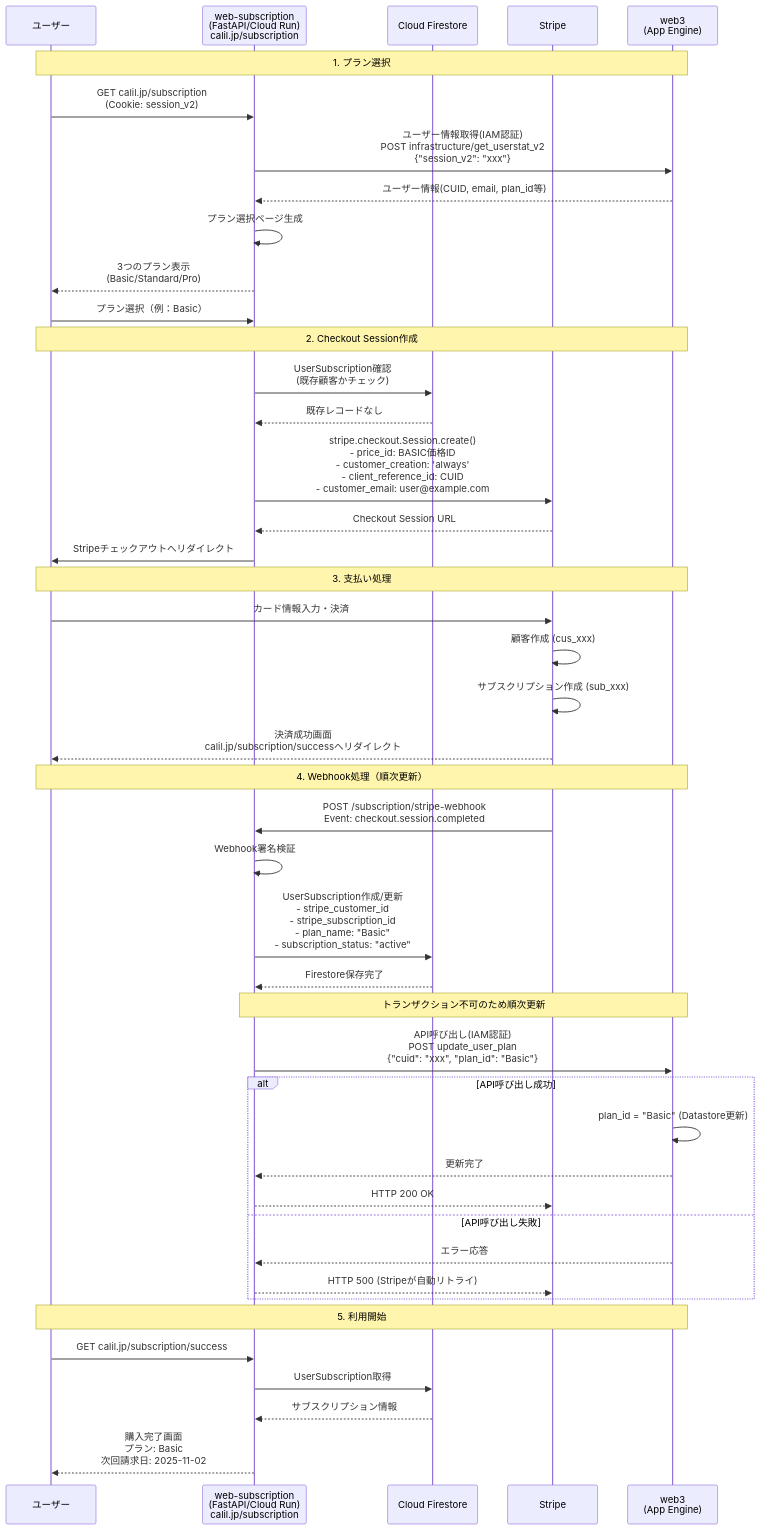
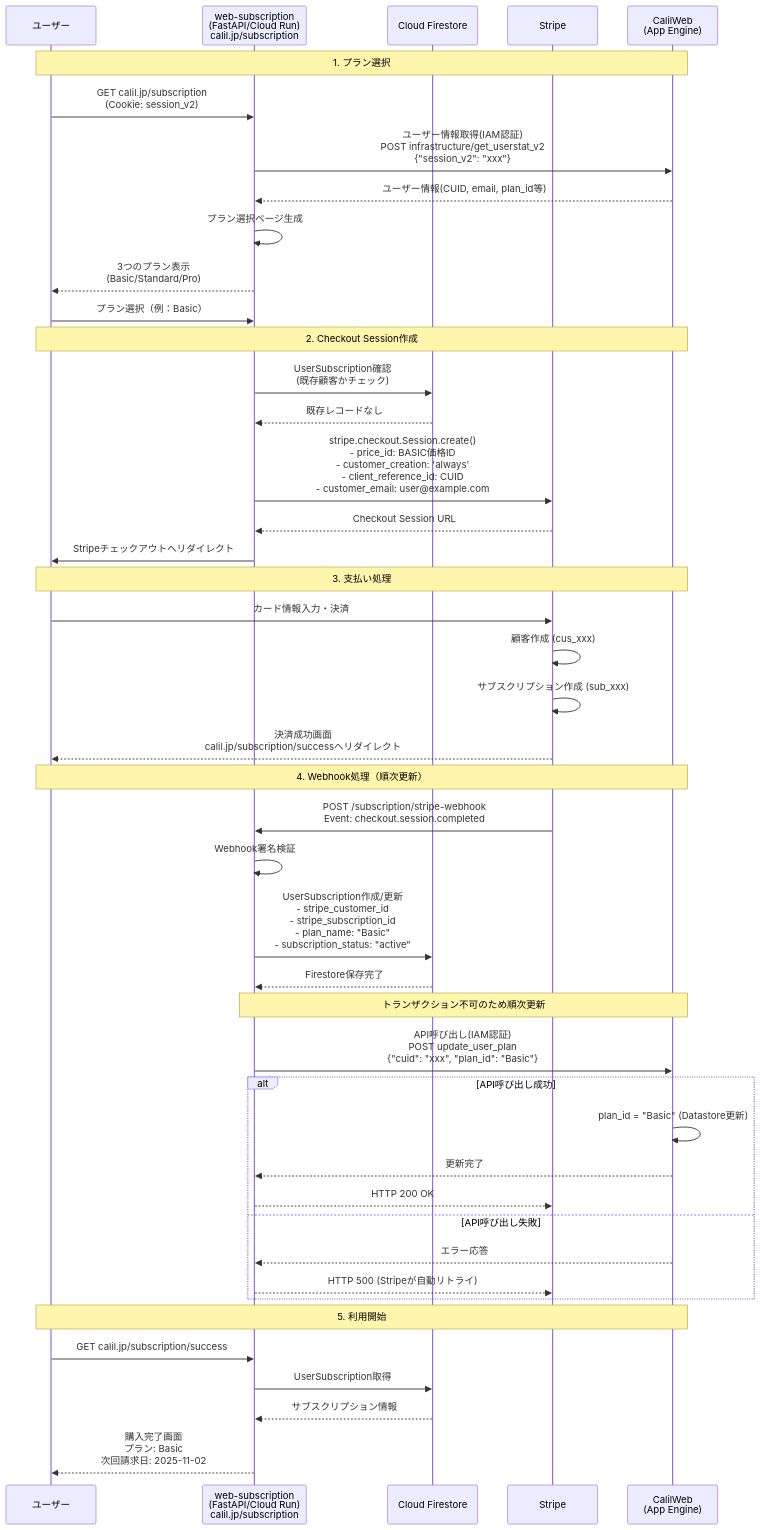
One commit to CALIL/web-subscription changed the diagram in Claude.md. Above: the diagram before and after it, drawn with Mermaid. The commit also changed other lines of this file and 3 other files, not shown here.

First line of the commit message:
Refactor: Remove web3 API client and tests; add CalilWeb API client and tests

````diff
--- a/Claude.md
+++ b/Claude.md
@@ -344,53 +344,53 @@
 ```mermaid
 sequenceDiagram
     participant U as ユーザー
     participant S as web-subscription<br/>(FastAPI/Cloud Run)<br/>calil.jp/subscription
     participant DS as Cloud Firestore
     participant ST as Stripe
-    participant W3 as web3<br/>(App Engine)
+    participant CW as CalilWeb<br/>(App Engine)
 
-    Note over U,W3: 1. プラン選択
+    Note over U,CW: 1. プラン選択
     U->>S: GET calil.jp/subscription<br/>(Cookie: session_v2)
-    S->>W3: ユーザー情報取得(IAM認証)<br/>POST infrastructure/get_userstat_v2<br/>{"session_v2": "xxx"}
-    W3-->>S: ユーザー情報(CUID, email, plan_id等)
+    S->>CW: ユーザー情報取得(IAM認証)<br/>POST infrastructure/get_userstat_v2<br/>{"session_v2": "xxx"}
+    CW-->>S: ユーザー情報(CUID, email, plan_id等)
     S->>S: プラン選択ページ生成
     S-->>U: 3つのプラン表示<br/>(Basic/Standard/Pro)
     U->>S: プラン選択（例：Basic）
 
-    Note over U,W3: 2. Checkout Session作成
+    Note over U,CW: 2. Checkout Session作成
     S->>DS: UserSubscription確認<br/>(既存顧客かチェック)
     DS-->>S: 既存レコードなし
 
     S->>ST: stripe.checkout.Session.create()<br/>- price_id: BASIC価格ID<br/>- customer_creation: 'always'<br/>- client_reference_id: CUID<br/>- customer_email: user@example.com
     ST-->>S: Checkout Session URL
     S->>U: Stripeチェックアウトへリダイレクト
 
-    Note over U,W3: 3. 支払い処理
+    Note over U,CW: 3. 支払い処理
     U->>ST: カード情報入力・決済
     ST->>ST: 顧客作成 (cus_xxx)
     ST->>ST: サブスクリプション作成 (sub_xxx)
     ST-->>U: 決済成功画面<br/>calil.jp/subscription/successへリダイレクト
 
-    Note over U,W3: 4. Webhook処理（順次更新）
+    Note over U,CW: 4. Webhook処理（順次更新）
     ST->>S: POST /subscription/stripe-webhook<br/>Event: checkout.session.completed
     S->>S: Webhook署名検証
     S->>DS: UserSubscription作成/更新<br/>- stripe_customer_id<br/>- stripe_subscription_id<br/>- plan_name: "Basic"<br/>- subscription_status: "active"
     DS-->>S: Firestore保存完了
 
-    Note over S,W3: トランザクション不可のため順次更新
-    S->>W3: API呼び出し(IAM認証)<br/>POST update_user_plan<br/>{"cuid": "xxx", "plan_id": "Basic"}
+    Note over S,CW: トランザクション不可のため順次更新
+    S->>CW: API呼び出し(IAM認証)<br/>POST update_user_plan<br/>{"cuid": "xxx", "plan_id": "Basic"}
     alt API呼び出し成功
-        W3->>W3: plan_id = "Basic" (Datastore更新)
-        W3-->>S: 更新完了
+        CW->>CW: plan_id = "Basic" (Datastore更新)
+        CW-->>S: 更新完了
         S-->>ST: HTTP 200 OK
     else API呼び出し失敗
-        W3-->>S: エラー応答
+        CW-->>S: エラー応答
         S-->>ST: HTTP 500 (Stripeが自動リトライ)
     end
 
-    Note over U,W3: 5. 利用開始
+    Note over U,CW: 5. 利用開始
     U->>S: GET calil.jp/subscription/success
     S->>DS: UserSubscription取得
     DS-->>S: サブスクリプション情報
     S-->>U: 購入完了画面<br/>プラン: Basic<br/>次回請求日: 2025-11-02
 ```
````
